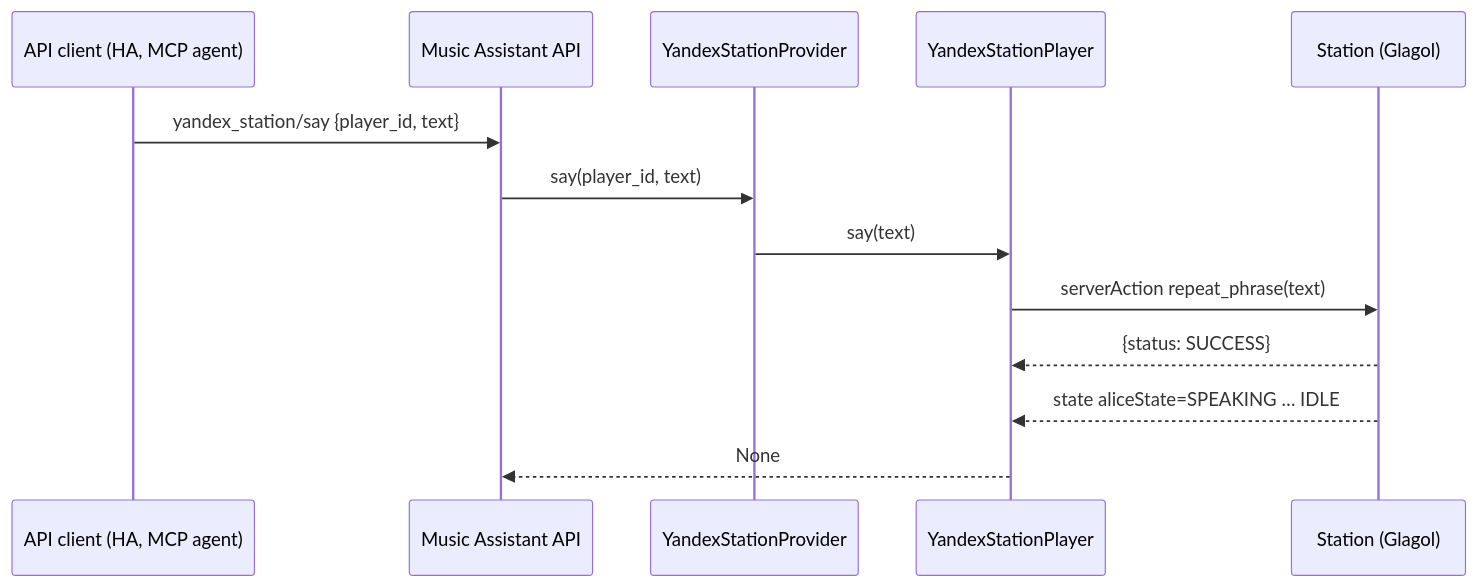
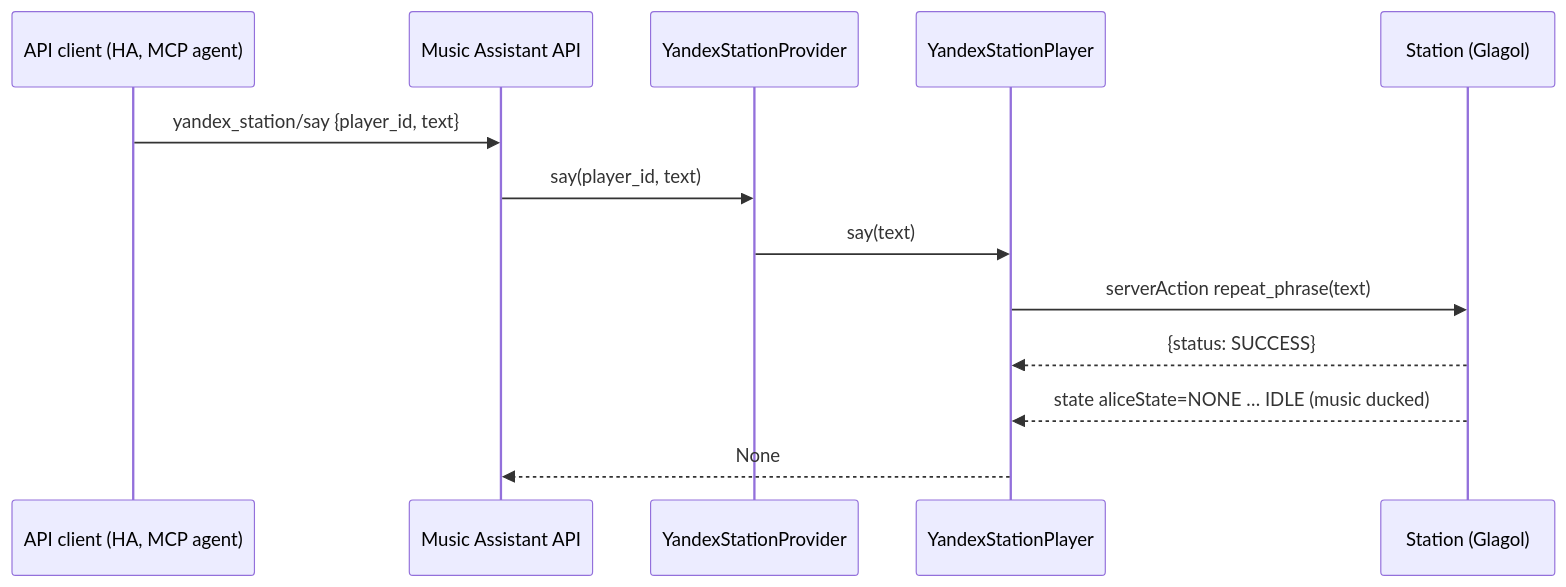
One commit to trudenboy/ma-provider-yandex-station changed the diagram in specs/done/0003-alice-speech-api-commands.md. Above: the diagram before and after it, drawn with Mermaid. The commit also changed other lines of this file and 5 other files, not shown here.

First line of the commit message:
fix(player): keep the MA stream when the Station speaks a server-action phrase (#213)

````diff
--- a/specs/done/0003-alice-speech-api-commands.md
+++ b/specs/done/0003-alice-speech-api-commands.md
@@ -99,15 +99,15 @@
 ```mermaid
 sequenceDiagram
     participant Client as API client (HA, MCP agent)
     participant MA as Music Assistant API
     participant Prov as YandexStationProvider
     participant Player as YandexStationPlayer
     participant Station as Station (Glagol)
     Client->>MA: yandex_station/say {player_id, text}
     MA->>Prov: say(player_id, text)
     Prov->>Player: say(text)
     Player->>Station: serverAction repeat_phrase(text)
     Station-->>Player: {status: SUCCESS}
-    Station-->>Player: state aliceState=SPEAKING … IDLE
+    Station-->>Player: state aliceState=NONE … IDLE (music ducked)
     Player-->>MA: None
 ```
````
